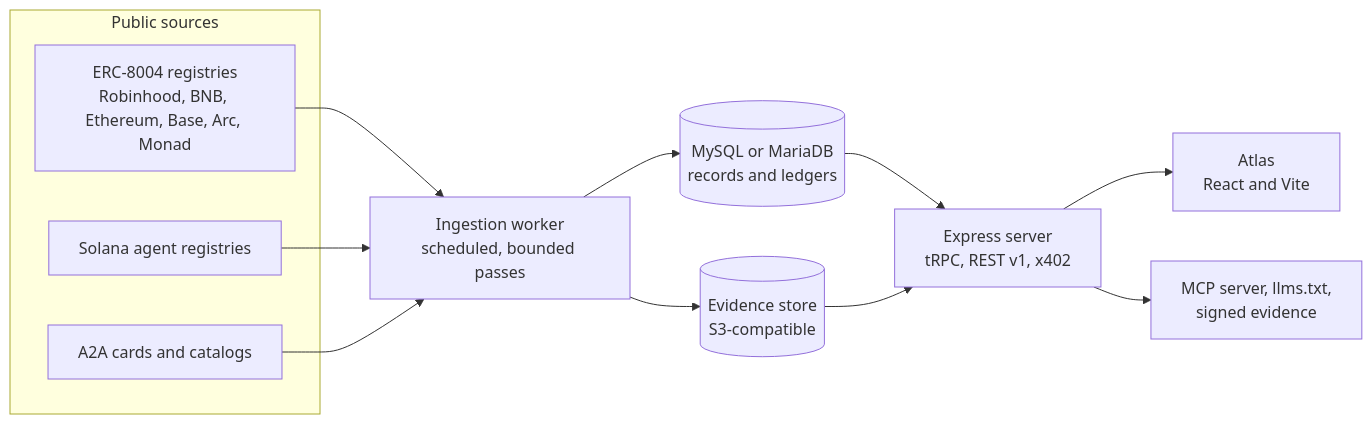
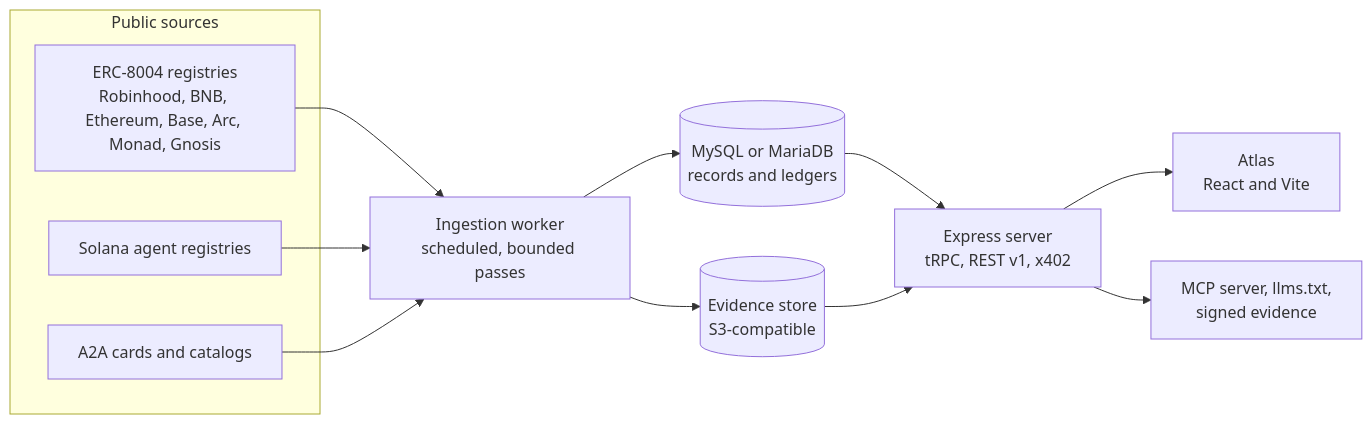
Before and after one commit to RunTimeAdmin/nooscape-public: the diagram in README.md, drawn with Mermaid. The commit also changed other lines of this file and 146 other files, not shown here.

````diff
--- a/README.md
+++ b/README.md
@@ -89,23 +89,23 @@
 ```mermaid
 flowchart LR
   subgraph Sources["Public sources"]
-    A["ERC-8004 registries<br/>Robinhood, BNB, Ethereum, Base, Arc, Monad"]
+    A["ERC-8004 registries<br/>Robinhood, BNB, Ethereum, Base, Arc, Monad, Gnosis"]
     B["Solana agent registries"]
     C["A2A cards and catalogs"]
   end
   W["Ingestion worker<br/>scheduled, bounded passes"]
   D[("MySQL or MariaDB<br/>records and ledgers")]
   S[("Evidence store<br/>S3-compatible")]
   X["Express server<br/>tRPC, REST v1, x402"]
   U["Atlas<br/>React and Vite"]
   O["MCP server, llms.txt,<br/>signed evidence"]
   A --> W
   B --> W
   C --> W
   W --> D
   W --> S
   D --> X
   S --> X
   X --> U
   X --> O
 ```
````
